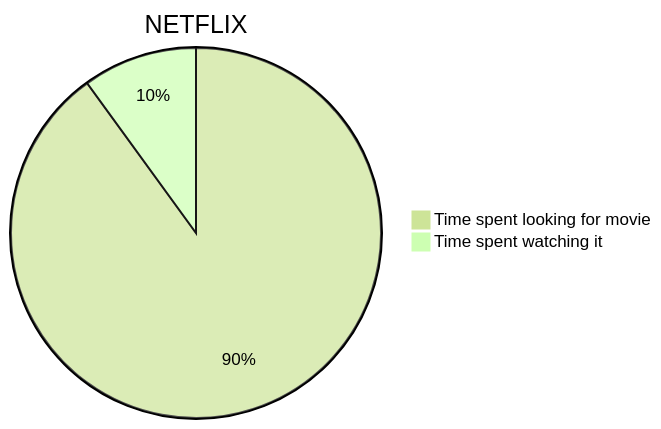
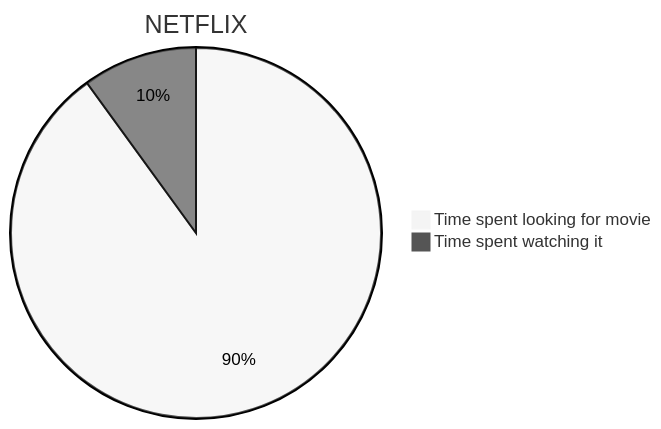
The diagram in merm.md (john-gitbook/mermaid), drawn with Mermaid before and after one commit.

````diff
--- a/merm.md
+++ b/merm.md
@@ -3,6 +3,6 @@
 ```mermaid
-%%{init: {'theme':'forest'}}%%
+%%{init: {'theme':'neutral'}}%%
 pie title NETFLIX
          "Time spent looking for movie" : 90
          "Time spent watching it" : 10
 ```
````
